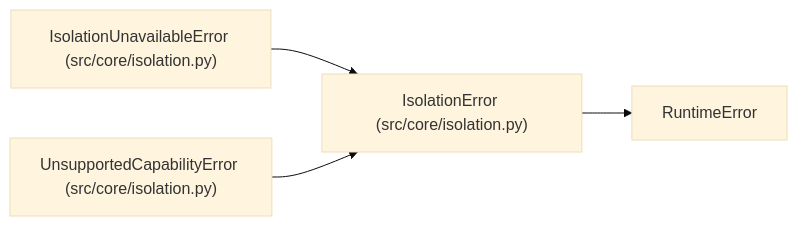
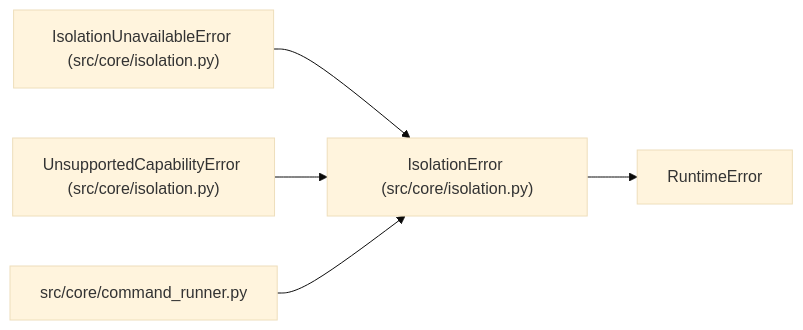
Before and after one commit to Denissvgn/autoresearch-agent: the diagram in docs/llm_wiki/entities/IsolationError.md, drawn with Mermaid (base theme). The commit also changed other lines of this file and 1033 other files, not shown here.

````diff
--- a/docs/llm_wiki/entities/IsolationError.md
+++ b/docs/llm_wiki/entities/IsolationError.md
@@ -23,13 +23,16 @@
 ```mermaid
 flowchart LR
     n0["IsolationError (src/core/isolation.py)"]
     n1["RuntimeError"]
     n2["IsolationUnavailableError (src/core/isolation.py)"]
     n3["UnsupportedCapabilityError (src/core/isolation.py)"]
+    n4["src/core/command_runner.py"]
     n0 --> n1
     n2 --> n0
     n3 --> n0
+    n4 --> n0
     click n0 "../modules/isolation.md"
     click n2 "../modules/isolation.md"
     click n3 "../modules/isolation.md"
+    click n4 "../modules/command_runner.md"
 ```
````
